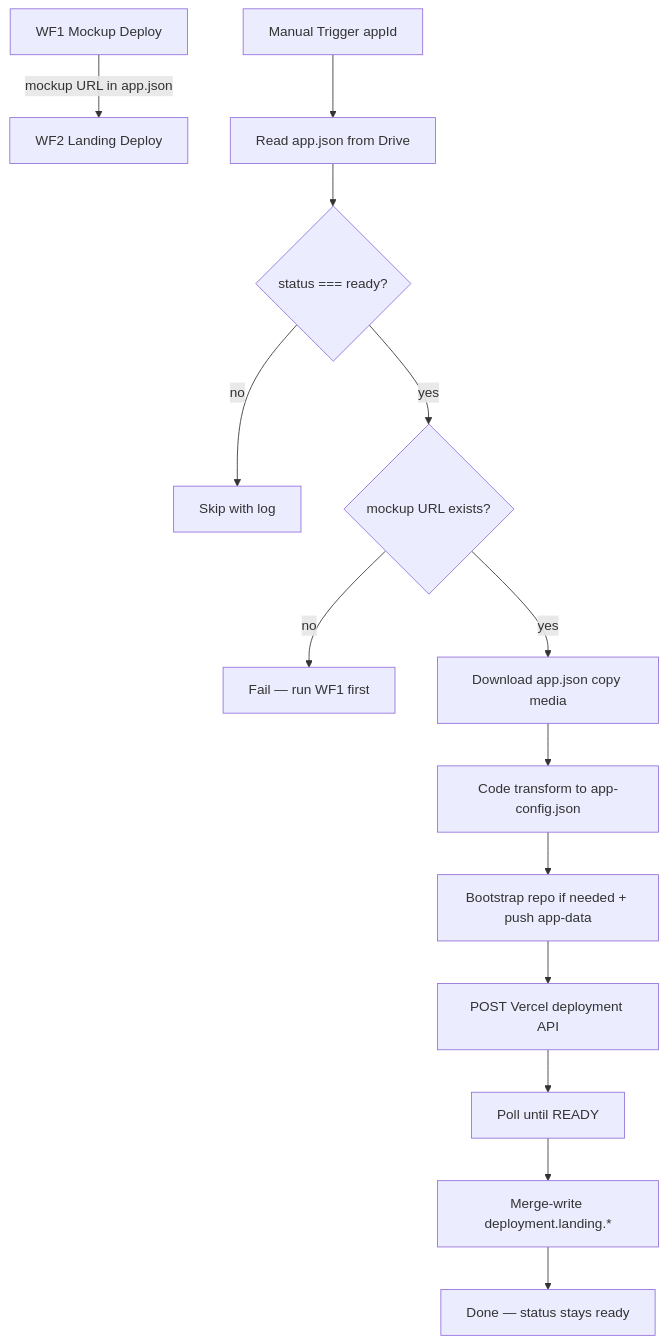
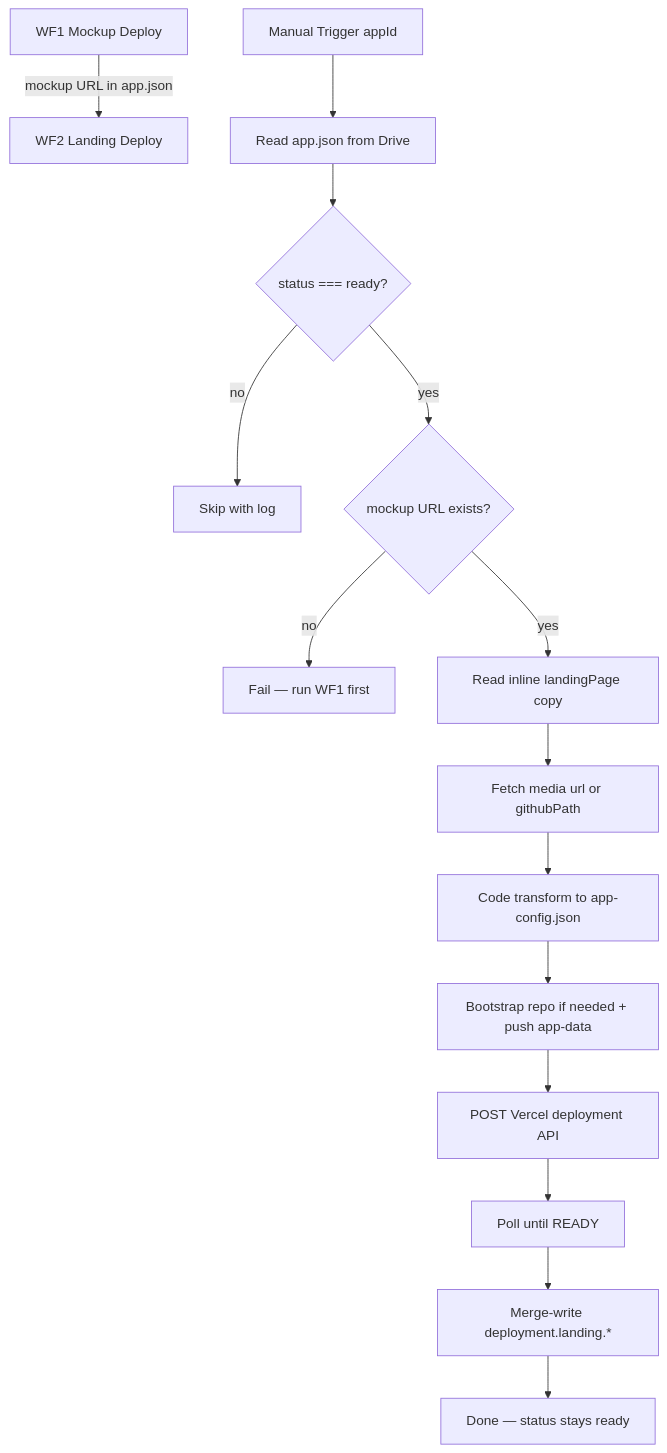
Before and after one commit to scootero/App-Validation-System: the first of 2 diagrams in n8n-workflows/WF2-LANDING-DEPLOY-PIPELINE-BLUEPRINT.md, drawn with Mermaid. The commit also changed other lines of this file and 12 other files, not shown here.

````diff
--- a/n8n-workflows/WF2-LANDING-DEPLOY-PIPELINE-BLUEPRINT.md
+++ b/n8n-workflows/WF2-LANDING-DEPLOY-PIPELINE-BLUEPRINT.md
@@ -174,16 +179,17 @@
 ```mermaid
 flowchart TD
   WF1[WF1 Mockup Deploy] -->|mockup URL in app.json| WF2[WF2 Landing Deploy]
   T[Manual Trigger appId] --> R[Read app.json from Drive]
   R --> G1{status === ready?}
   G1 -->|no| SKIP[Skip with log]
   G1 -->|yes| G2{mockup URL exists?}
   G2 -->|no| ERR1[Fail — run WF1 first]
-  G2 -->|yes| DL[Download app.json copy media]
-  DL --> XFORM[Code transform to app-config.json]
+  G2 -->|yes| COPY[Read inline landingPage copy]
+  COPY --> MEDIA[Fetch media url or githubPath]
+  MEDIA --> XFORM[Code transform to app-config.json]
   XFORM --> GH[Bootstrap repo if needed + push app-data]
   GH --> VC[POST Vercel deployment API]
   VC --> POLL[Poll until READY]
   POLL --> WB[Merge-write deployment.landing.*]
   WB --> DONE[Done — status stays ready]
 ```
````
